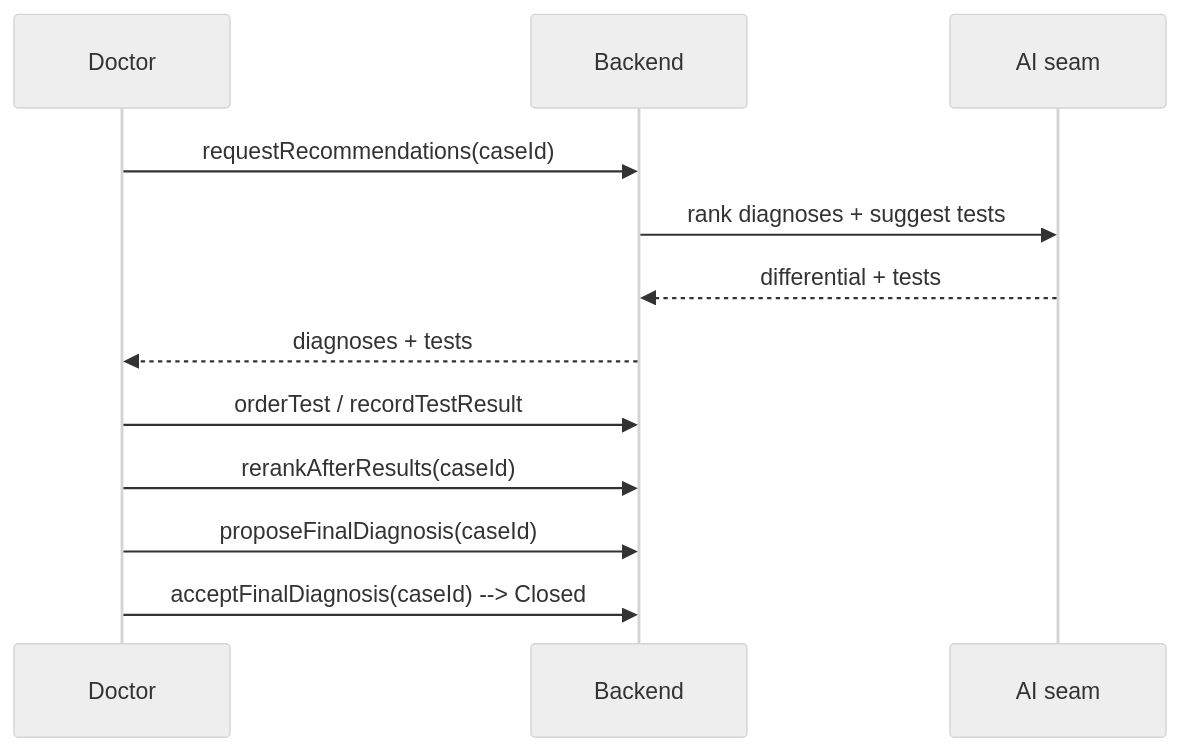
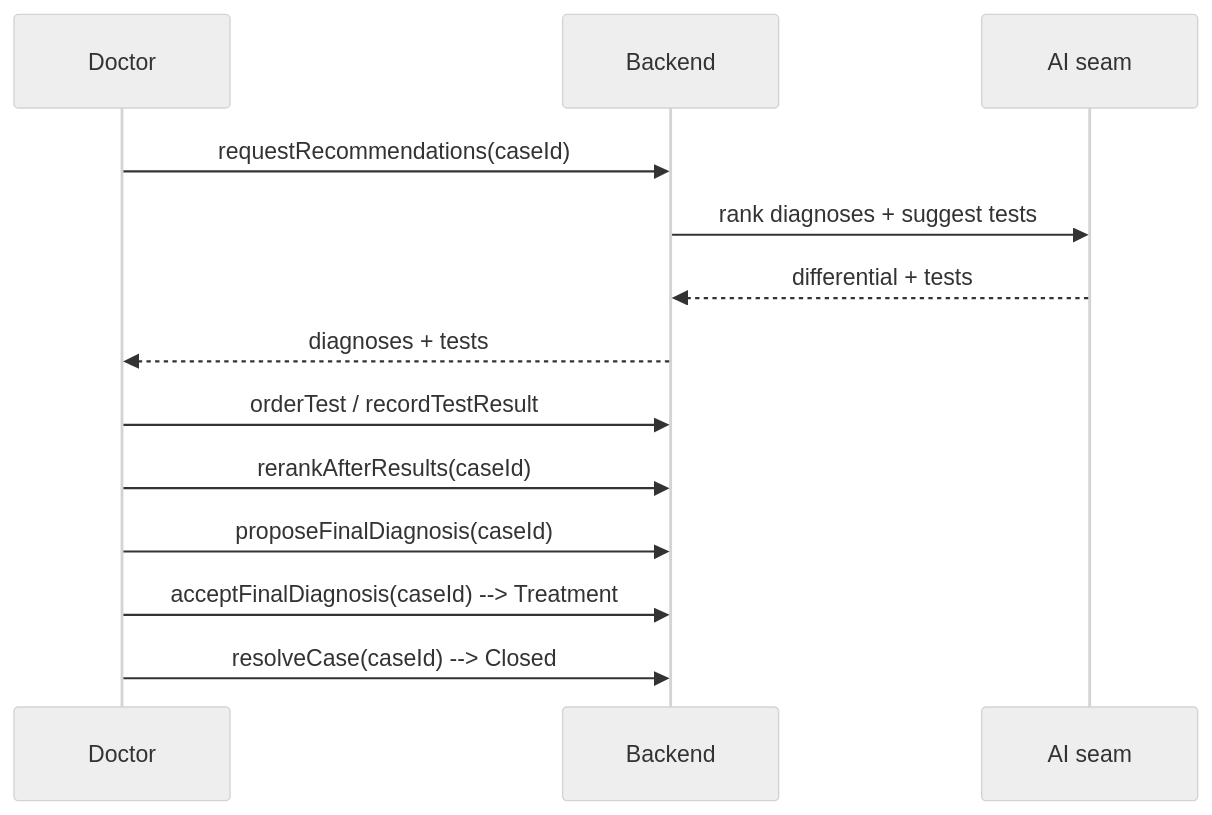
One commit to Abdulrahman-Kaddoura/Byters-aws-hackathon changed the third of 3 diagrams in docs/WORKFLOW.md. Above: the diagram before and after it, drawn with Mermaid (neutral theme). The commit also changed other lines of this file and 35 other files, not shown here.

````diff
--- a/docs/WORKFLOW.md
+++ b/docs/WORKFLOW.md
@@ -203,14 +263,15 @@
 ```mermaid
 sequenceDiagram
     participant D as Doctor
     participant Sys as Backend
     participant AI as AI seam
     D->>Sys: requestRecommendations(caseId)
     Sys->>AI: rank diagnoses + suggest tests
     AI-->>Sys: differential + tests
     Sys-->>D: diagnoses + tests
     D->>Sys: orderTest / recordTestResult
     D->>Sys: rerankAfterResults(caseId)
     D->>Sys: proposeFinalDiagnosis(caseId)
-    D->>Sys: acceptFinalDiagnosis(caseId)  --> Closed
+    D->>Sys: acceptFinalDiagnosis(caseId)  --> Treatment
+    D->>Sys: resolveCase(caseId)           --> Closed
 ```
````
